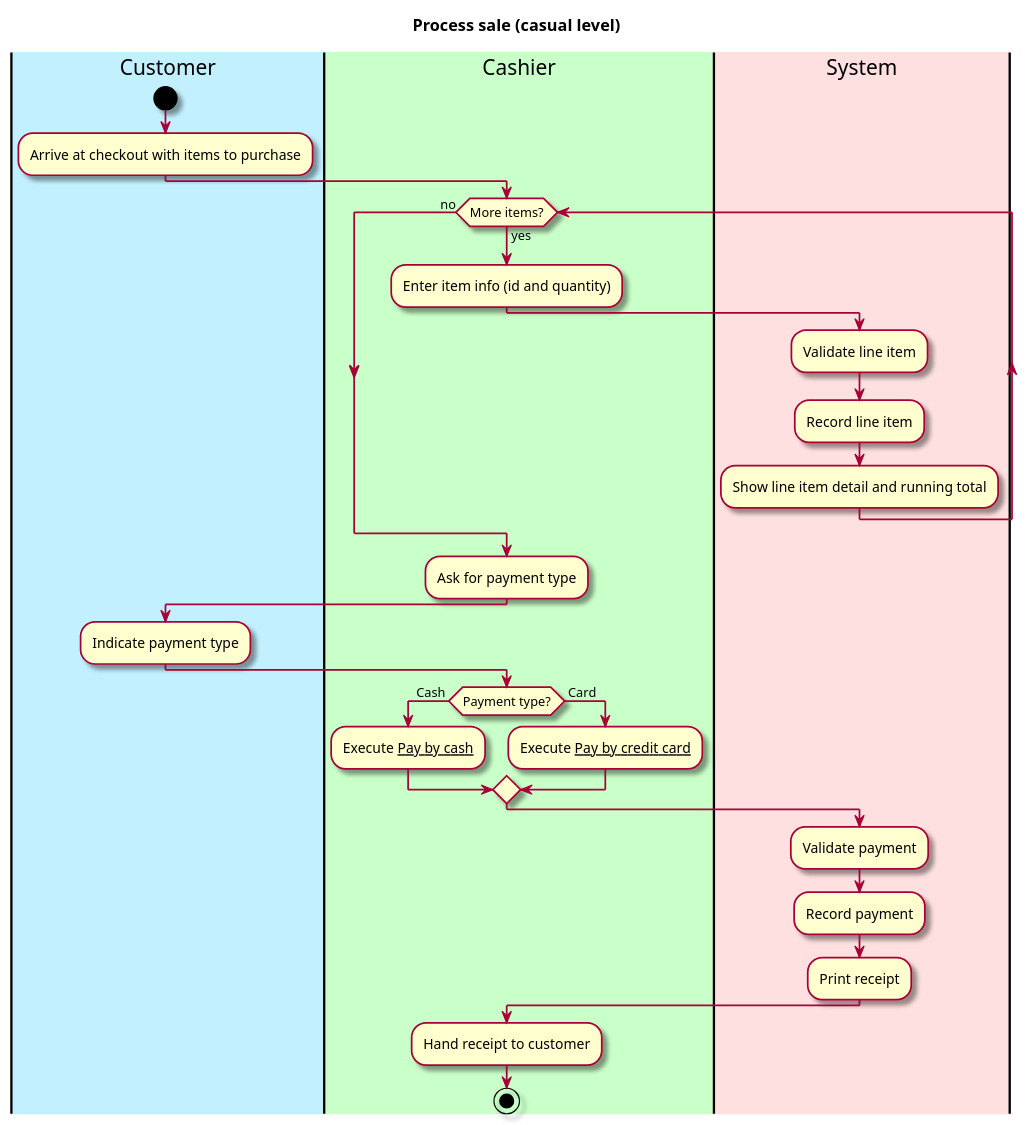
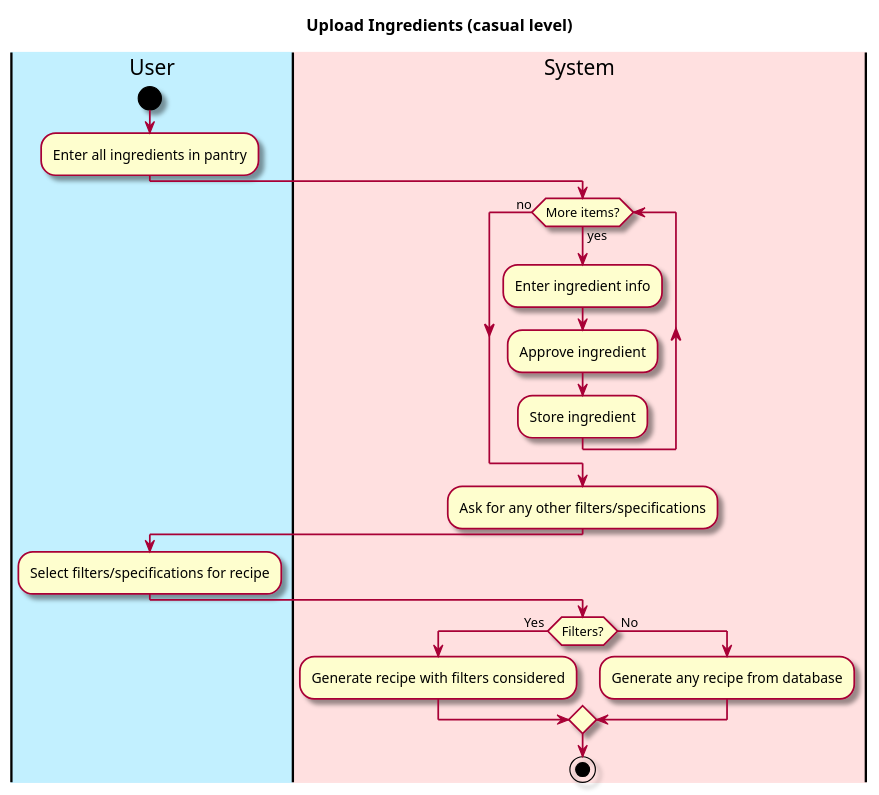
One commit to berthashipper/Pantry-Pal-Android-Application changed the diagram in intellij/doc/use-cases/upload_ingredients.md. Above: the diagram before and after it, drawn with PlantUML. The commit also changed other lines of this file, not shown here.

Commit message:
git status

````diff
--- a/intellij/doc/use-cases/upload_ingredients.md
+++ b/intellij/doc/use-cases/upload_ingredients.md
@@ -36,48 +26,39 @@
 ```plantuml
 @startuml
 
 skin rose
 
-title Process sale (casual level)
+title Upload Ingredients (casual level)
 
 'define the lanes
-|#application|Customer|
-|#technology|Cashier|
+|#application|User|
 |#implementation|System|
 
-|Customer|
+|User|
 start
-:Arrive at checkout with items to purchase;
+:Enter all ingredients in pantry;
 
-|Cashier|
+|System|
 while (More items?) is (yes)
-  :Enter item info (id and quantity);
+  :Enter ingredient info;
   |System|
-  :Validate line item;
-  :Record line item;
-  :Show line item detail and running total;
-  |Cashier|
+  :Approve ingredient;
+  :Store ingredient;
 endwhile (no)
 
 
-:Ask for payment type;
+:Ask for any other filters/specifications;
 
-|Customer|
-:Indicate payment type;
+|User|
+:Select filters/specifications for recipe;
 
-|Cashier|
-if (Payment type?) is  ( Cash ) then
-:Execute __Pay by cash__;
-else ( Card ) 
-:Execute __Pay by credit card__;
+|System|
+if (Filters?) is  ( Yes ) then
+:Generate recipe with filters considered;
+else ( No ) 
+:Generate any recipe from database;
 endif
 
-|System|
-:Validate payment;
-:Record payment;
-:Print receipt;
-|Cashier|
-:Hand receipt to customer;
 stop
 @enduml
 ```
````
